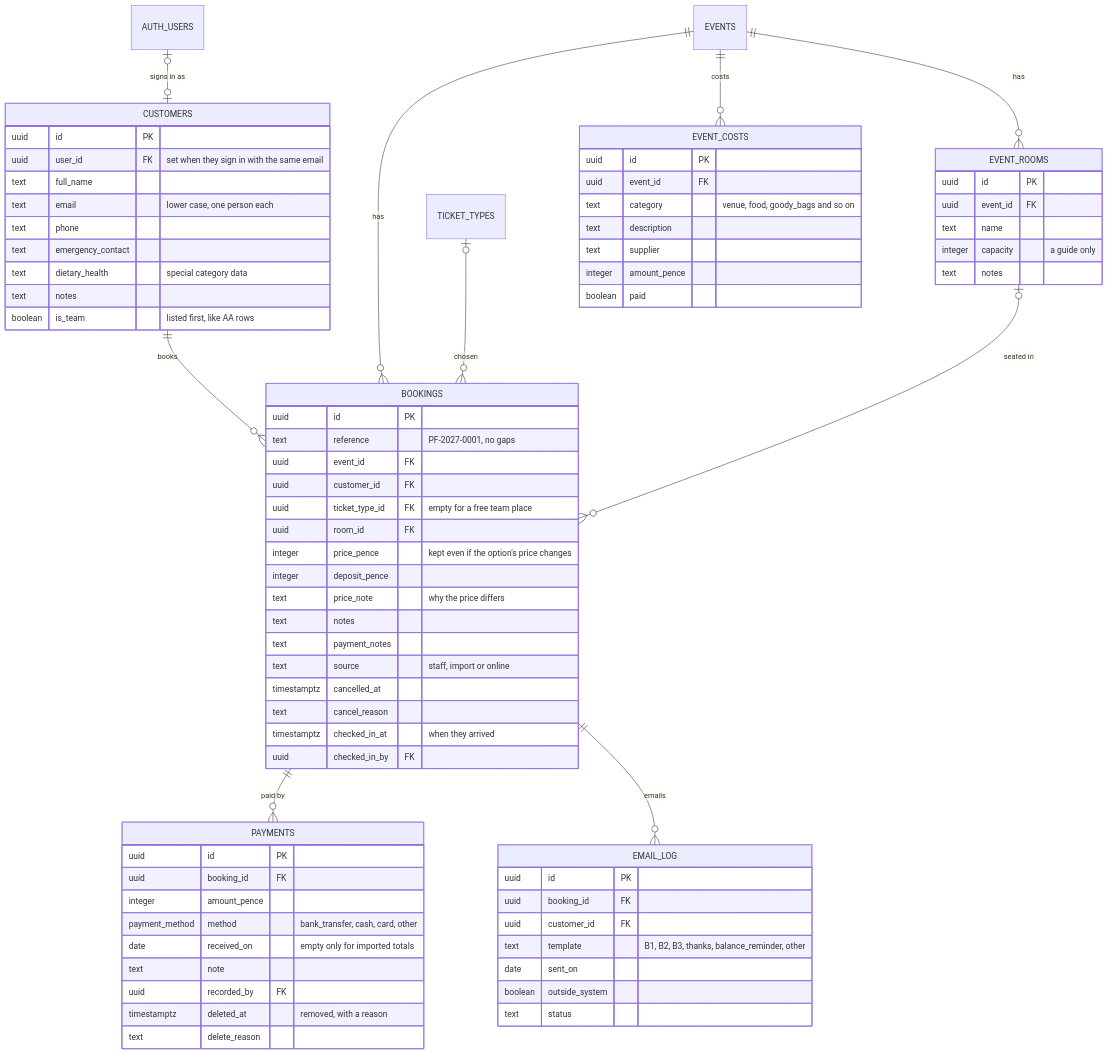
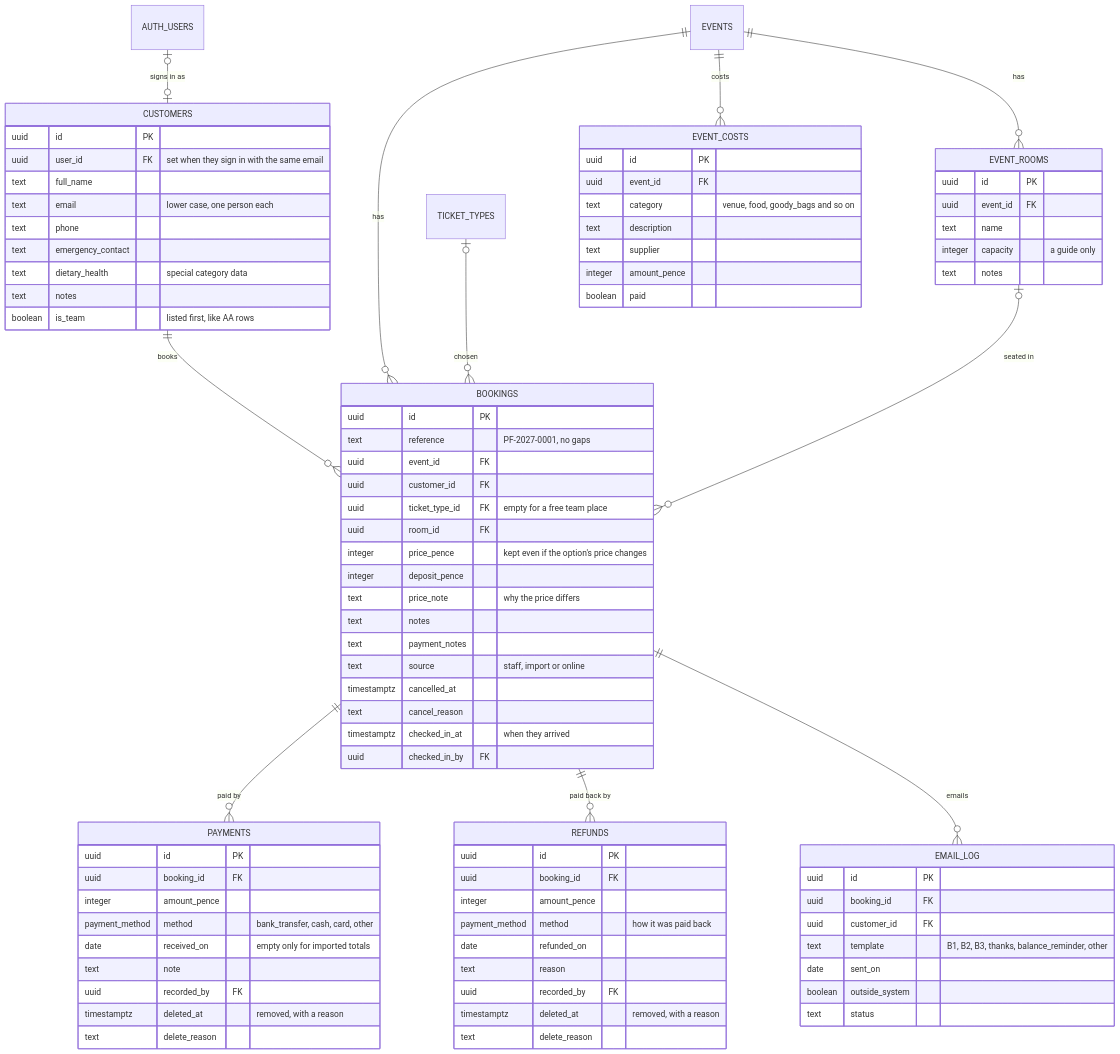
One commit to paperfox-booking/paperfoxbooking changed the third of 4 diagrams in docs/data-model.md. Above: the diagram before and after it, drawn with Mermaid. The commit also changed other lines of this file and 31 other files, not shown here.

First line of the commit message:
Record refunds on a booking, with the terms as a guide

```diff
--- a/docs/data-model.md
+++ b/docs/data-model.md
@@ -155,6 +155,7 @@
   EVENTS ||--o{ EVENT_ROOMS : "has"
   EVENTS ||--o{ EVENT_COSTS : "costs"
   BOOKINGS ||--o{ PAYMENTS : "paid by"
+  BOOKINGS ||--o{ REFUNDS : "paid back by"
   BOOKINGS ||--o{ EMAIL_LOG : "emails"
   AUTH_USERS |o--o| CUSTOMERS : "signs in as"
 
@@ -205,6 +206,17 @@
     timestamptz deleted_at "removed, with a reason"
     text delete_reason
   }
+  REFUNDS {
+    uuid id PK
+    uuid booking_id FK
+    integer amount_pence
+    payment_method method "how it was paid back"
+    date refunded_on
+    text reason
+    uuid recorded_by FK
+    timestamptz deleted_at "removed, with a reason"
+    text delete_reason
+  }
   EMAIL_LOG {
     uuid id PK
     uuid booking_id FK
```
